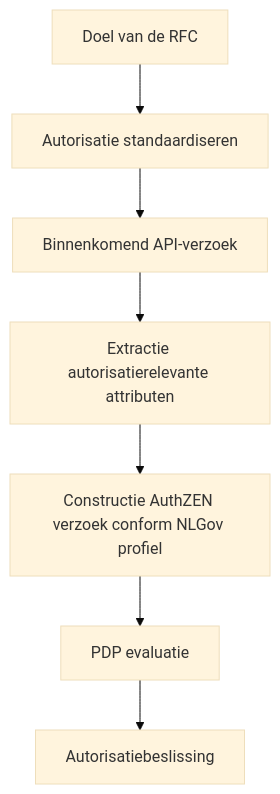
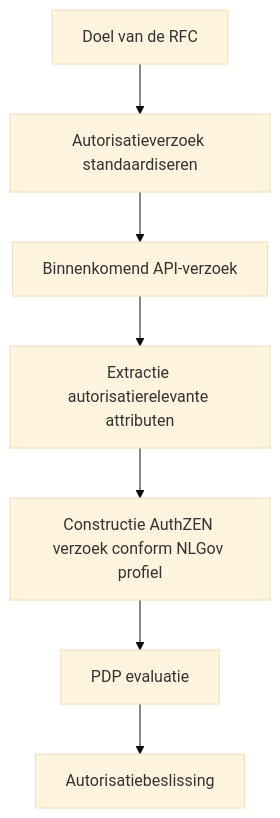
The first of 3 diagrams in RFC/RFC0052 - Autorisatie standaardisatie.md (iStandaarden/iWlz-RequestForComment), drawn with Mermaid (base theme) before and after one commit. The commit also changed other lines of this file, not shown here.

````diff
--- a/RFC/RFC0052 - Autorisatie standaardisatie.md
+++ b/RFC/RFC0052 - Autorisatie standaardisatie.md
@@ -15,11 +15,11 @@
 ``` mermaid
 flowchart TD
-    A[Doel van de RFC] --> B[Autorisatie standaardiseren]
+    A[Doel van de RFC] --> B[Autorisatieverzoek standaardiseren]
 
     B --> D[Binnenkomend API-verzoek]
     D --> H[Extractie autorisatierelevante attributen]
 
     H --> I[Constructie AuthZEN verzoek conform NLGov profiel]
     I --> J[PDP evaluatie]
     J --> K[Autorisatiebeslissing]
 ```
````
